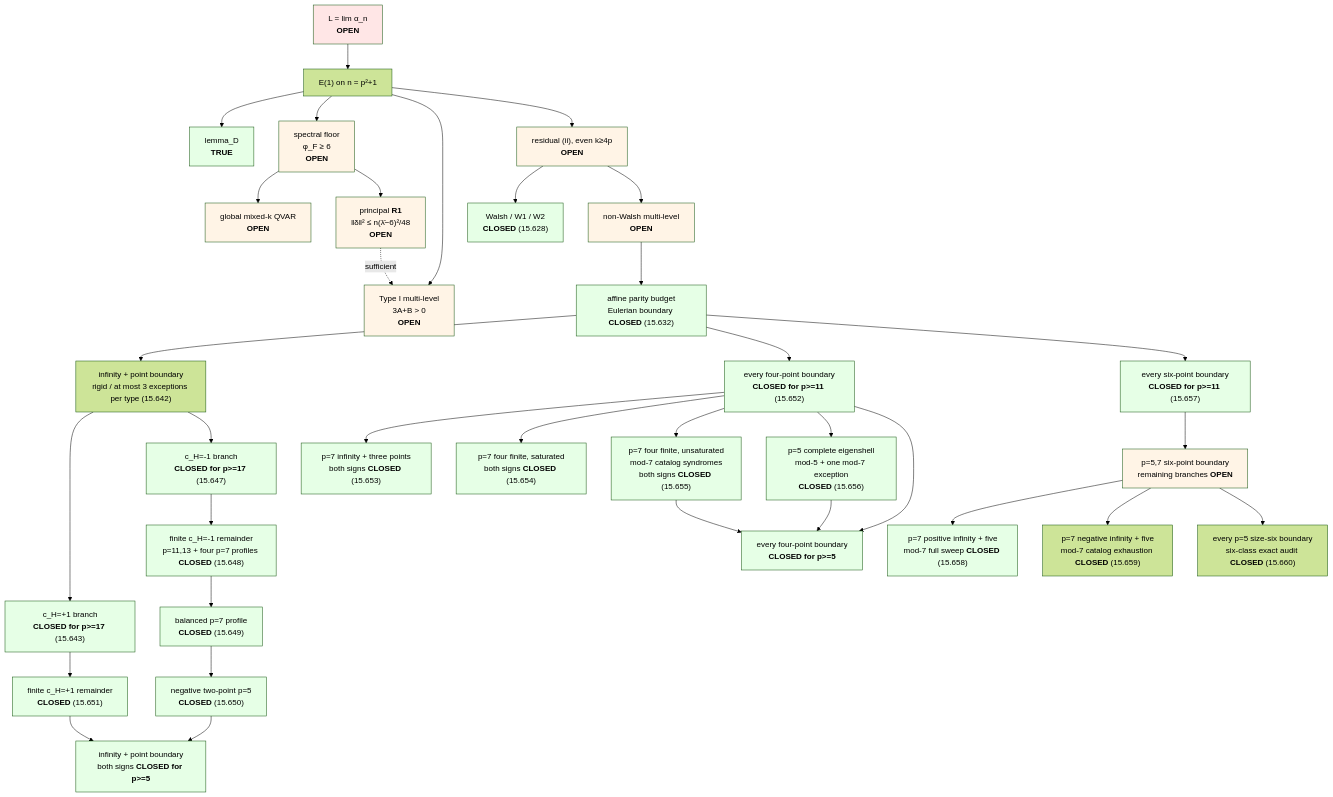
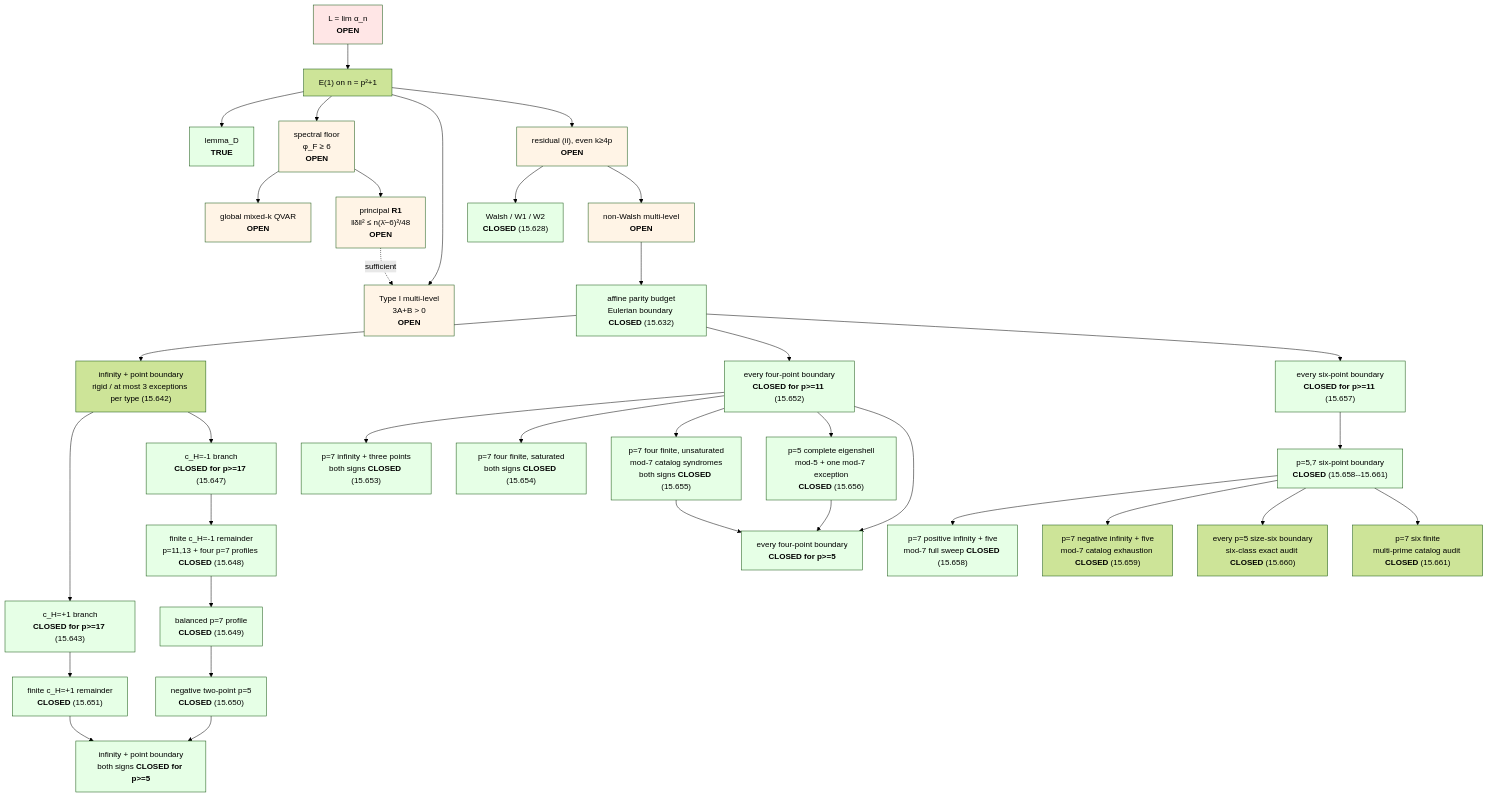
Before and after one commit to luckyseoul/quadratic-minmax-limit: the diagram in README.md, drawn with Mermaid (forest theme). The commit also changed other lines of this file and 19 other files, not shown here.

Commit message:
Exclude all p7 six-finite boundaries

````diff
--- a/README.md
+++ b/README.md
@@ -154,62 +157,63 @@
 ```mermaid
 graph TD
     L["L = lim α_n<br/><b>OPEN</b>"] --> E1["E(1) on n = p²+1"]
     E1 --> D["lemma_D<br/><b>TRUE</b>"]
     E1 --> FLOOR["spectral floor<br/>φ_F ≥ 6<br/><b>OPEN</b>"]
     FLOOR --> QVAR["global mixed-k QVAR<br/><b>OPEN</b>"]
     FLOOR --> R1["principal <b>R1</b><br/>‖δ‖² ≤ n(λ̄−6)²/48<br/><b>OPEN</b>"]
     E1 --> TYPEI["Type I multi-level<br/>3A+B > 0<br/><b>OPEN</b>"]
     R1 -. sufficient .-> TYPEI
     E1 --> RES["residual (ii), even k≥4p<br/><b>OPEN</b>"]
     RES --> WALSH["Walsh / W1 / W2<br/><b>CLOSED</b> (15.628)"]
     RES --> MULTI["non-Walsh multi-level<br/><b>OPEN</b>"]
     MULTI --> BUDGET["affine parity budget<br/>Eulerian boundary <b>CLOSED</b> (15.632)"]
     BUDGET --> RIGID["infinity + point boundary<br/>rigid / at most 3 exceptions per type (15.642)"]
     RIGID --> POSKILL["c_H=+1 branch<br/><b>CLOSED for p>=17</b> (15.643)"]
     POSKILL --> POSFINITE["finite c_H=+1 remainder<br/><b>CLOSED</b> (15.651)"]
     RIGID --> NEGKILL["c_H=-1 branch<br/><b>CLOSED for p>=17</b> (15.647)"]
     NEGKILL --> NEGFINITE["finite c_H=-1 remainder<br/>p=11,13 + four p=7 profiles <b>CLOSED</b> (15.648)"]
     NEGFINITE --> P7BAL["balanced p=7 profile<br/><b>CLOSED</b> (15.649)"]
     P7BAL --> P5NEG["negative two-point p=5<br/><b>CLOSED</b> (15.650)"]
     POSFINITE --> TWOPT["infinity + point boundary<br/>both signs <b>CLOSED for p>=5</b>"]
     P5NEG --> TWOPT
     BUDGET --> FOUR["every four-point boundary<br/><b>CLOSED for p>=11</b> (15.652)"]
     FOUR --> P7INF["p=7 infinity + three points<br/>both signs <b>CLOSED</b> (15.653)"]
     FOUR --> P7SAT["p=7 four finite, saturated<br/>both signs <b>CLOSED</b> (15.654)"]
     FOUR --> P7MOD["p=7 four finite, unsaturated<br/>mod-7 catalog syndromes<br/>both signs <b>CLOSED</b> (15.655)"]
     FOUR --> P5FULL["p=5 complete eigenshell<br/>mod-5 + one mod-7 exception<br/><b>CLOSED</b> (15.656)"]
     FOUR --> ALL4["every four-point boundary<br/><b>CLOSED for p>=5</b>"]
     P7MOD --> ALL4
     P5FULL --> ALL4
     BUDGET --> SIX["every six-point boundary<br/><b>CLOSED for p>=11</b> (15.657)"]
-    SIX --> P57SIX["p=5,7 six-point boundary<br/>remaining branches <b>OPEN</b>"]
+    SIX --> P57SIX["p=5,7 six-point boundary<br/><b>CLOSED</b> (15.658--15.661)"]
     P57SIX --> P7POSINF["p=7 positive infinity + five<br/>mod-7 full sweep <b>CLOSED</b> (15.658)"]
     P57SIX --> P7NEGINF["p=7 negative infinity + five<br/>mod-7 catalog exhaustion <b>CLOSED</b> (15.659)"]
     P57SIX --> P5SIX["every p=5 size-six boundary<br/>six-class exact audit <b>CLOSED</b> (15.660)"]
+    P57SIX --> P7FINITE["p=7 six finite<br/>multi-prime catalog audit <b>CLOSED</b> (15.661)"]
     style L fill:#ffe6e6
     style D fill:#e6ffe6
     style FLOOR fill:#fff4e6
     style QVAR fill:#fff4e6
     style R1 fill:#fff4e6
     style TYPEI fill:#fff4e6
     style RES fill:#fff4e6
     style WALSH fill:#e6ffe6
     style MULTI fill:#fff4e6
     style BUDGET fill:#e6ffe6
     style SIX fill:#e6ffe6
-    style P57SIX fill:#fff4e6
+    style P57SIX fill:#e6ffe6
     style P7POSINF fill:#e6ffe6
     style P7BAL fill:#e6ffe6
     style P5NEG fill:#e6ffe6
     style POSFINITE fill:#e6ffe6
     style FOUR fill:#e6ffe6
     style P7INF fill:#e6ffe6
     style P7SAT fill:#e6ffe6
     style P7MOD fill:#e6ffe6
     style P5FULL fill:#e6ffe6
     style ALL4 fill:#e6ffe6
     style TWOPT fill:#e6ffe6
     style POSKILL fill:#e6ffe6
     style NEGKILL fill:#e6ffe6
     style NEGFINITE fill:#e6ffe6
 ```
````
